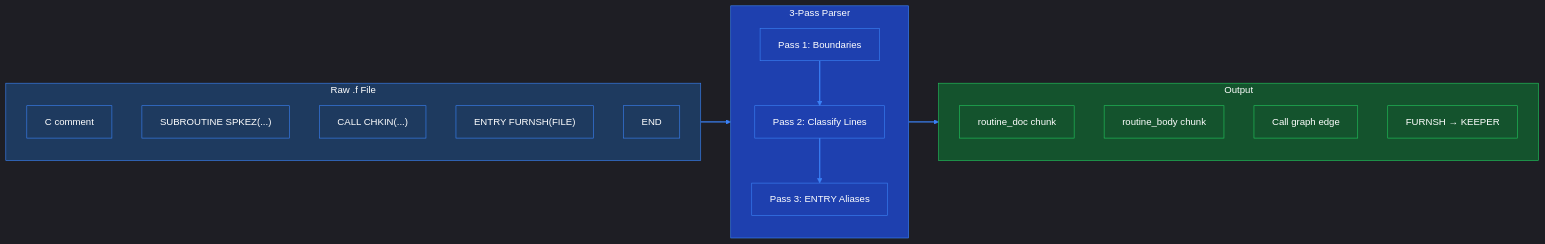
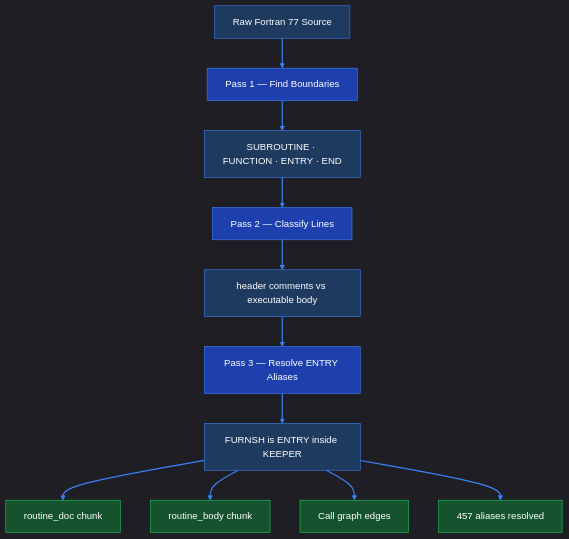
Before and after one commit to HenryDeGrasse/LegacyLens: the third of 4 diagrams in presentation.md, drawn with Mermaid. The commit also changed other lines of this file, not shown here.

Commit message:
docs: make parser and evals diagrams vertical TD for readability

````diff
--- a/presentation.md
+++ b/presentation.md
@@ -134,44 +134,40 @@
 ```mermaid +render
 %%{init: {'theme': 'dark'}}%%
-flowchart LR
-    subgraph INPUT["Raw .f File"]
-        L1["C  comment"]
-        L2["   SUBROUTINE SPKEZ(...)"]
-        L3["   CALL CHKIN(...)"]
-        L4["   ENTRY FURNSH(FILE)"]
-        L5["   END"]
-    end
+flowchart TD
+    RAW["Raw Fortran 77 Source"]
 
-    subgraph PASSES["3-Pass Parser"]
-        P1["Pass 1: Boundaries"]
-        P2["Pass 2: Classify Lines"]
-        P3["Pass 3: ENTRY Aliases"]
-        P1 --> P2 --> P3
-    end
+    P1["Pass 1 — Find Boundaries"]
+    P1D["SUBROUTINE · FUNCTION · ENTRY · END"]
 
-    subgraph OUTPUT["Output"]
-        D["routine_doc chunk"]
-        B["routine_body chunk"]
-        CG2["Call graph edge"]
-        AL["FURNSH → KEEPER"]
-    end
+    P2["Pass 2 — Classify Lines"]
+    P2D["header comments vs executable body"]
 
-    INPUT --> PASSES --> OUTPUT
+    P3["Pass 3 — Resolve ENTRY Aliases"]
+    P3D["FURNSH is ENTRY inside KEEPER"]
 
-    style INPUT fill:#1e3a5f,stroke:#3b82f6,color:#fff
-    style PASSES fill:#1e40af,stroke:#3b82f6,color:#fff
-    style OUTPUT fill:#14532d,stroke:#22c55e,color:#fff
-    style L1 fill:#1e3a5f,stroke:#3b82f6,color:#fff
-    style L2 fill:#1e3a5f,stroke:#3b82f6,color:#fff
-    style L3 fill:#1e3a5f,stroke:#3b82f6,color:#fff
-    style L4 fill:#1e3a5f,stroke:#3b82f6,color:#fff
-    style L5 fill:#1e3a5f,stroke:#3b82f6,color:#fff
+    DOC["routine_doc chunk"]
+    BODY["routine_body chunk"]
+    GRAPH["Call graph edges"]
+    ALIAS["457 aliases resolved"]
+
+    RAW --> P1 --> P1D
+    P1D --> P2 --> P2D
+    P2D --> P3 --> P3D
+    P3D --> DOC
+    P3D --> BODY
+    P3D --> GRAPH
+    P3D --> ALIAS
+
+    style RAW fill:#1e3a5f,stroke:#3b82f6,color:#fff
     style P1 fill:#1e40af,stroke:#3b82f6,color:#fff
+    style P1D fill:#1e3a5f,stroke:#3b82f6,color:#fff
     style P2 fill:#1e40af,stroke:#3b82f6,color:#fff
+    style P2D fill:#1e3a5f,stroke:#3b82f6,color:#fff
     style P3 fill:#1e40af,stroke:#3b82f6,color:#fff
-    style D fill:#14532d,stroke:#22c55e,color:#fff
-    style B fill:#14532d,stroke:#22c55e,color:#fff
-    style CG2 fill:#14532d,stroke:#22c55e,color:#fff
-    style AL fill:#14532d,stroke:#22c55e,color:#fff
+    style P3D fill:#1e3a5f,stroke:#3b82f6,color:#fff
+    style DOC fill:#14532d,stroke:#22c55e,color:#fff
+    style BODY fill:#14532d,stroke:#22c55e,color:#fff
+    style GRAPH fill:#14532d,stroke:#22c55e,color:#fff
+    style ALIAS fill:#14532d,stroke:#22c55e,color:#fff
     linkStyle default stroke:#3b82f6,stroke-width:2px
 ```
````
